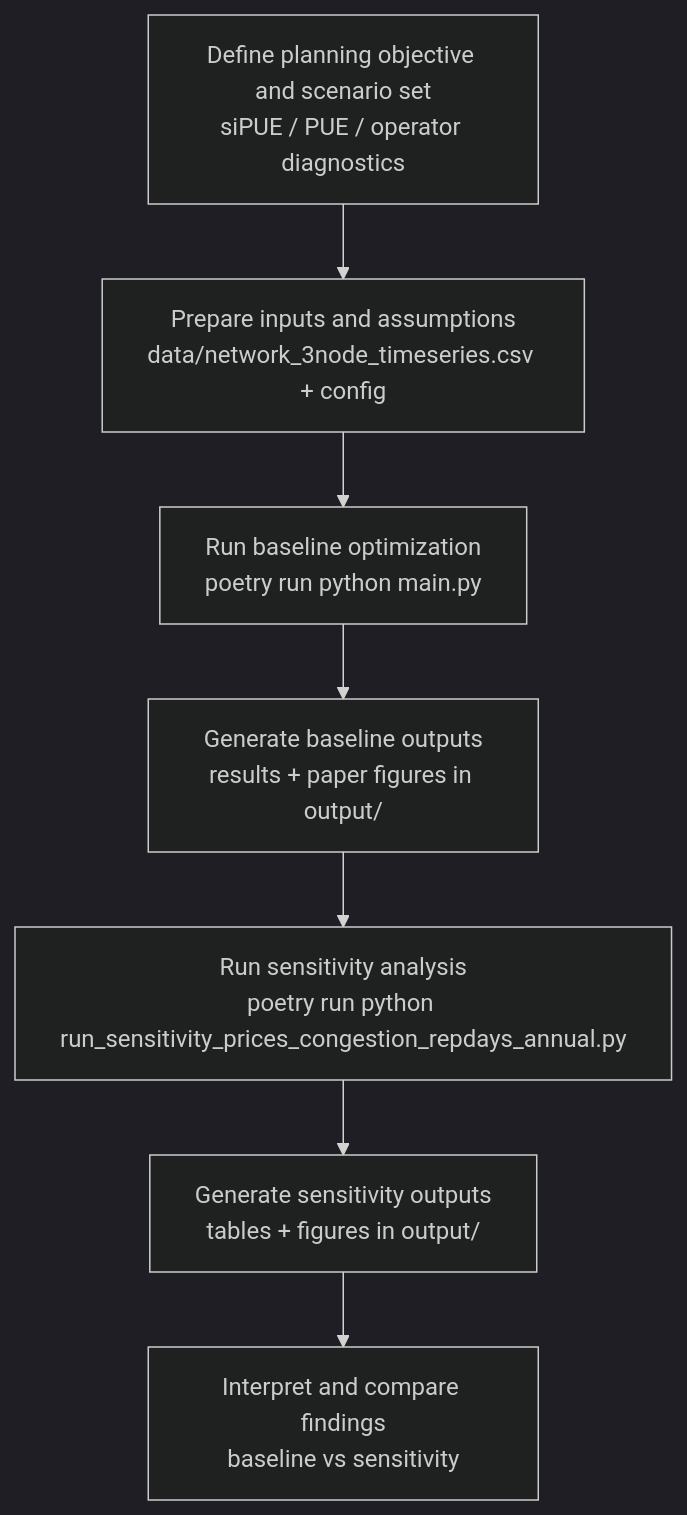
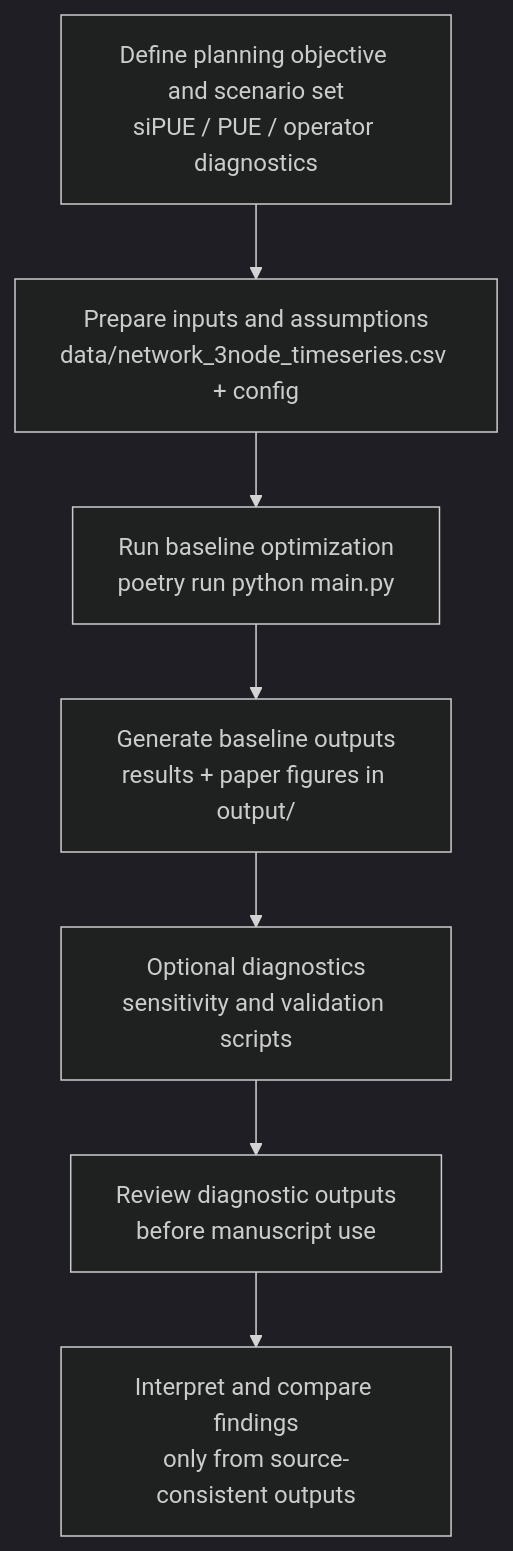
Before and after one commit to sambeets/BRAVE: the diagram in sipue_modelling/README.md, drawn with Mermaid (dark theme). The commit also changed other lines of this file and 160 other files, not shown here.

````diff
--- a/sipue_modelling/README.md
+++ b/sipue_modelling/README.md
@@ -89,13 +98,13 @@
 ```mermaid
 flowchart TD
     A[Define planning objective and scenario set<br/>siPUE / PUE / operator diagnostics]
     B[Prepare inputs and assumptions<br/>data/network_3node_timeseries.csv + config]
     C[Run baseline optimization<br/>poetry run python main.py]
     D[Generate baseline outputs<br/>results + paper figures in output/]
-    E[Run sensitivity analysis<br/>poetry run python run_sensitivity_prices_congestion_repdays_annual.py]
-    F[Generate sensitivity outputs<br/>tables + figures in output/]
-    G[Interpret and compare findings<br/>baseline vs sensitivity]
+    E[Optional diagnostics<br/>sensitivity and validation scripts]
+    F[Review diagnostic outputs<br/>before manuscript use]
+    G[Interpret and compare findings<br/>only from source-consistent outputs]
 
     A --> B --> C --> D
     D --> E --> F --> G
 ```
````
